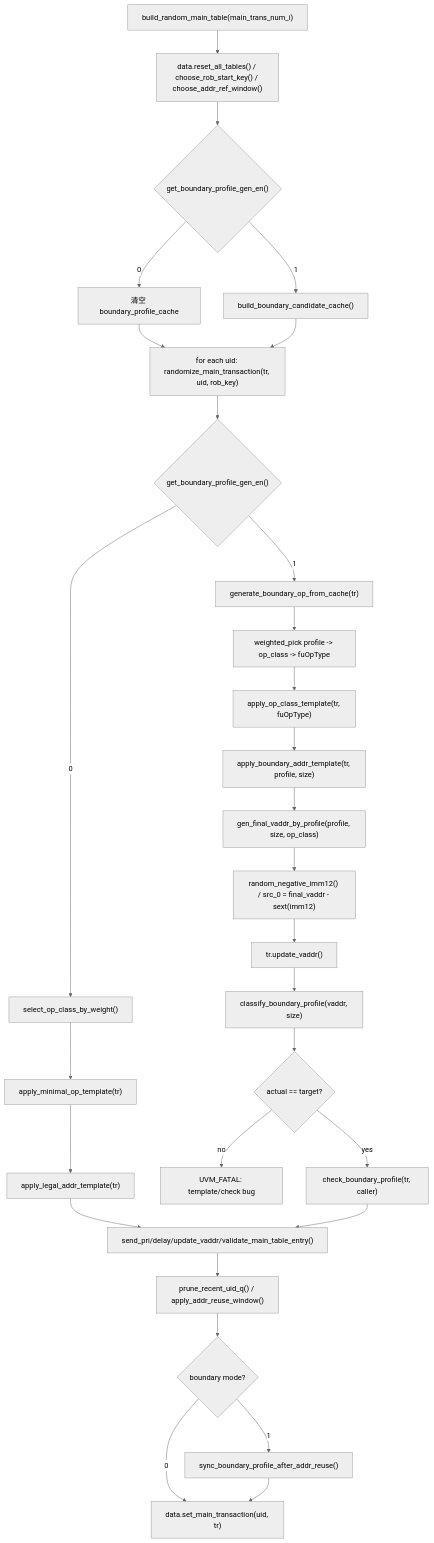
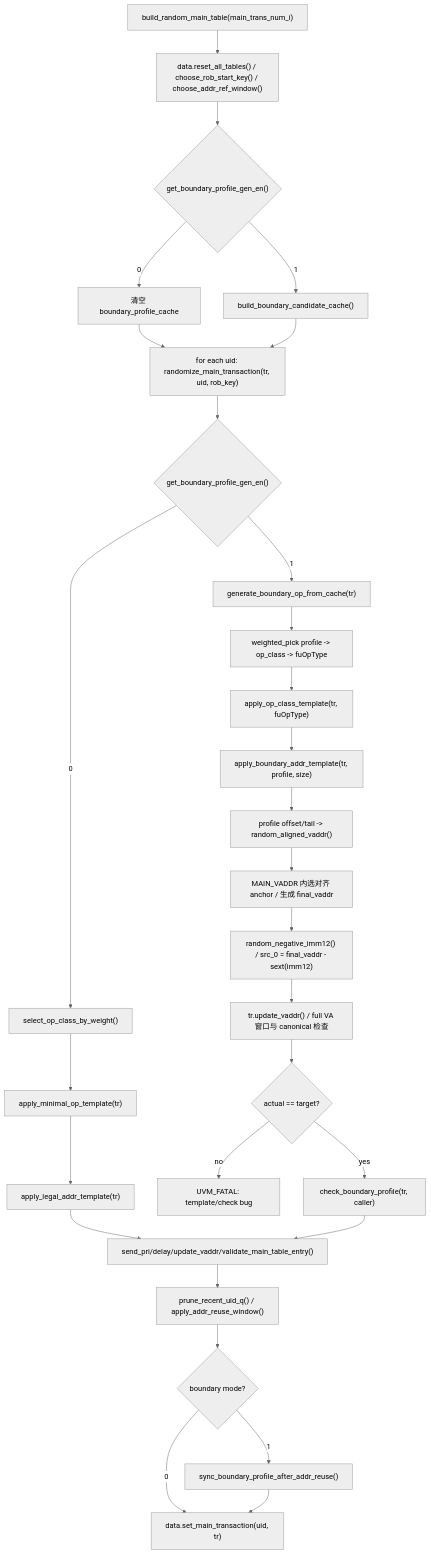
One commit to OpenXiangShan/XiangShan changed the diagram in AI_DOC/mem_ut_flow_doc/main_table_boundary_profile_generation_flow.md. Above: the diagram before and after it, drawn with Mermaid (neutral theme). The commit also changed other lines of this file and 129 other files, not shown here.

````diff
--- a/AI_DOC/mem_ut_flow_doc/main_table_boundary_profile_generation_flow.md
+++ b/AI_DOC/mem_ut_flow_doc/main_table_boundary_profile_generation_flow.md
@@ -18,34 +32,34 @@
 ```mermaid
 flowchart TD
     A["build_random_main_table(main_trans_num_i)"] --> B["data.reset_all_tables() / choose_rob_start_key() / choose_addr_ref_window()"]
     B --> C{"get_boundary_profile_gen_en()"}
     C -->|0| D["清空 boundary_profile_cache"]
     C -->|1| E["build_boundary_candidate_cache()"]
 
     D --> F["for each uid: randomize_main_transaction(tr, uid, rob_key)"]
     E --> F
 
     F --> G{"get_boundary_profile_gen_en()"}
     G -->|0| H["select_op_class_by_weight()"]
     H --> I["apply_minimal_op_template(tr)"]
     I --> J["apply_legal_addr_template(tr)"]
     J --> K["send_pri/delay/update_vaddr/validate_main_table_entry()"]
     K --> L["prune_recent_uid_q() / apply_addr_reuse_window()"]
     L --> Z{"boundary mode?"}
     Z -->|1| AA["sync_boundary_profile_after_addr_reuse()"]
     Z -->|0| M["data.set_main_transaction(uid, tr)"]
     AA --> M
 
     G -->|1| N["generate_boundary_op_from_cache(tr)"]
     N --> O["weighted_pick profile -> op_class -> fuOpType"]
     O --> P["apply_op_class_template(tr, fuOpType)"]
     P --> Q["apply_boundary_addr_template(tr, profile, size)"]
-    Q --> R["gen_final_vaddr_by_profile(profile, size, op_class)"]
-    R --> S["random_negative_imm12() / src_0 = final_vaddr - sext(imm12)"]
-    S --> T["tr.update_vaddr()"]
-    T --> U["classify_boundary_profile(vaddr, size)"]
+    Q --> R["profile offset/tail -> random_aligned_vaddr()"]
+    R --> S["MAIN_VADDR 内选对齐 anchor / 生成 final_vaddr"]
+    S --> T["random_negative_imm12() / src_0 = final_vaddr - sext(imm12)"]
+    T --> U["tr.update_vaddr() / full VA 窗口与 canonical 检查"]
     U --> V{"actual == target?"}
     V -->|no| W["UVM_FATAL: template/check bug"]
     V -->|yes| X["check_boundary_profile(tr, caller)"]
     X --> K
 ```
````
